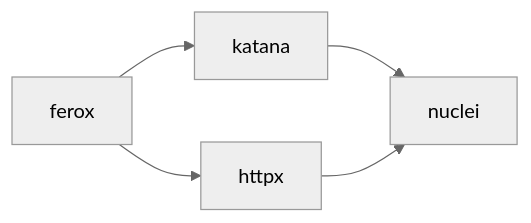
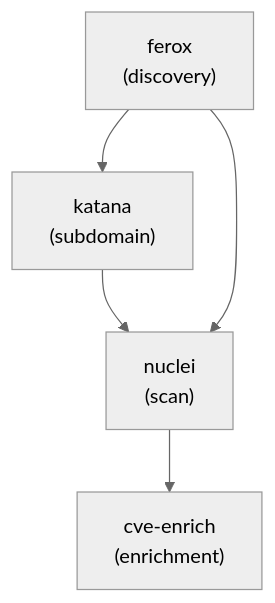
The third of 3 diagrams in docs/architecture/05-orchestration-and-workflow-engine.md (Juhertra/dev), drawn with Mermaid before and after one commit. The commit also changed other lines of this file and 124 other files, not shown here.

````diff
--- a/docs/architecture/05-orchestration-and-workflow-engine.md
+++ b/docs/architecture/05-orchestration-and-workflow-engine.md
@@ -175,13 +300,13 @@
 ```mermaid
 %%{init: {"theme":"neutral"}}%%
-flowchart LR
-    A["ferox"]
-    B["katana"]
-    C["nuclei"]
-    D["httpx"]
+flowchart TD
+    A["ferox<br/>(discovery)"]
+    B["katana<br/>(subdomain)"]
+    C["nuclei<br/>(scan)"]
+    D["cve-enrich<br/>(enrichment)"]
     
     A --> B
     B --> C
-    A --> D
-    D --> C
+    A --> C
+    C --> D
 ```
````
